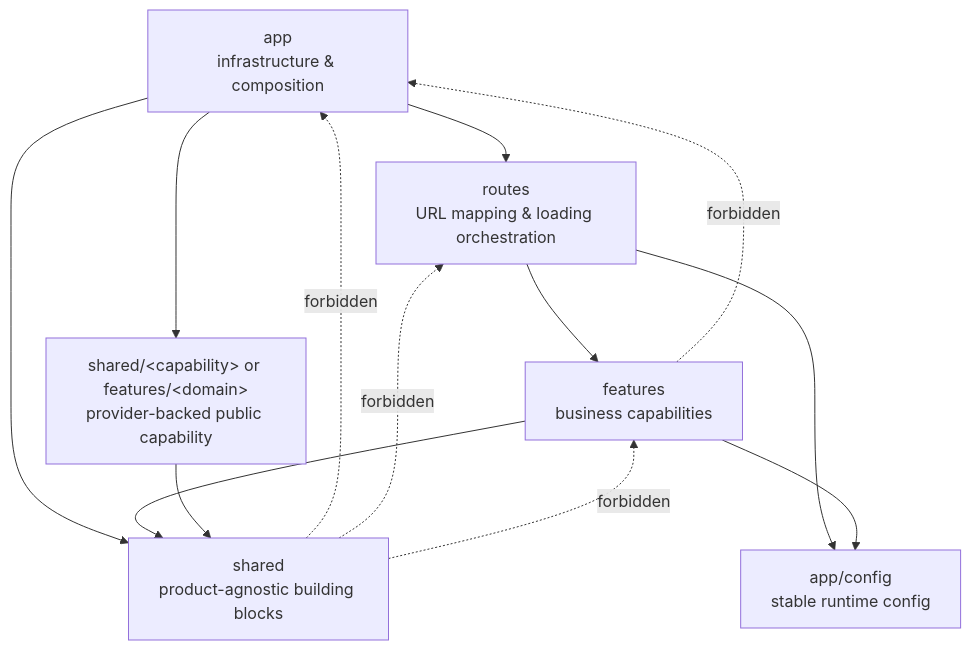
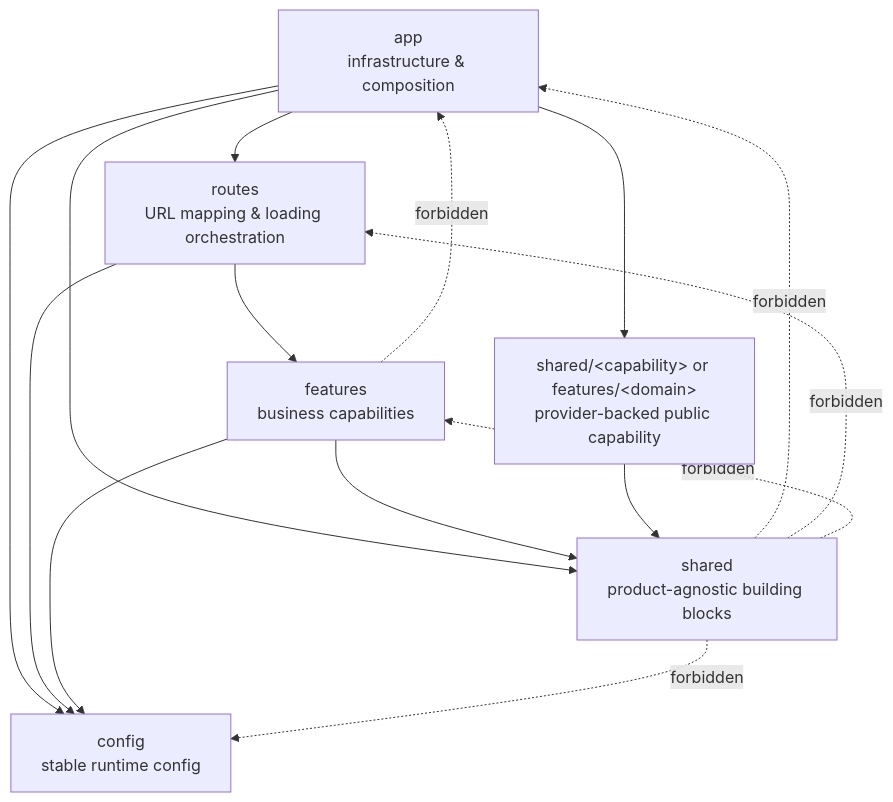
The diagram in README.md (RingoTangs/react-app), drawn with Mermaid before and after one commit. The commit also changed other lines of this file and 10 other files, not shown here.

Commit message:
refactor: move runtime configuration from src/app/config to src/config and update architectural boundaries

````diff
--- a/README.md
+++ b/README.md
@@ -162,23 +165,25 @@
 ```mermaid
 flowchart TD
   App["app<br/>infrastructure & composition"]
   Routes["routes<br/>URL mapping & loading orchestration"]
   Features["features<br/>business capabilities"]
   Shared["shared<br/>product-agnostic building blocks"]
-  AppConfig["app/config<br/>stable runtime config"]
+  Config["config<br/>stable runtime config"]
   ProviderCapability["shared/&lt;capability&gt; or features/&lt;domain&gt;<br/>provider-backed public capability"]
 
   App --> Routes
   App --> Shared
+  App --> Config
   App --> ProviderCapability
   Routes --> Features
-  Routes --> AppConfig
+  Routes --> Config
   Features --> Shared
-  Features --> AppConfig
+  Features --> Config
   ProviderCapability --> Shared
 
   Shared -. forbidden .-> App
   Shared -. forbidden .-> Routes
   Shared -. forbidden .-> Features
+  Shared -. forbidden .-> Config
   Features -. forbidden .-> App
 ```
````
